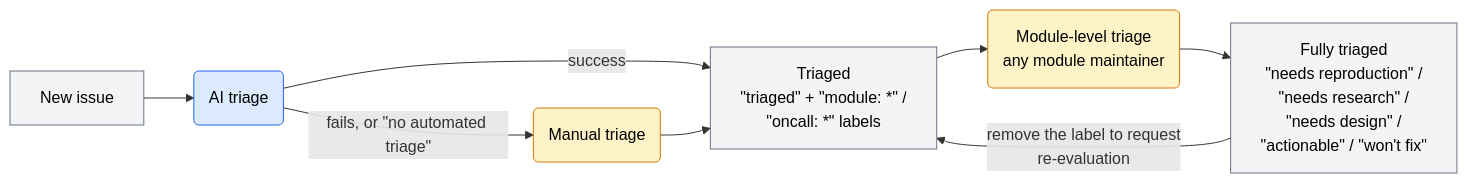
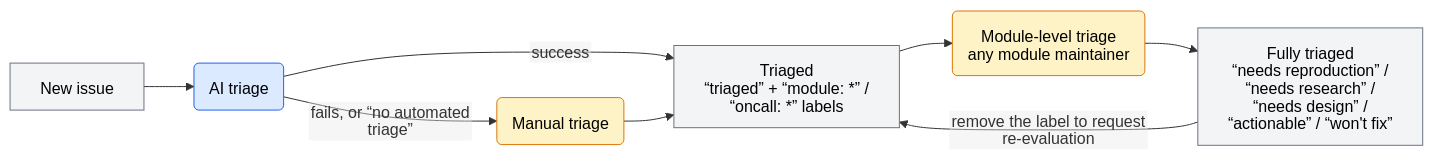
The first of 2 diagrams in CONTRIBUTING.md (pytorch/pytorch), drawn with Mermaid before and after one commit. The commit also changed other lines of this file, not shown here.

````diff
--- a/CONTRIBUTING.md
+++ b/CONTRIBUTING.md
@@ -83,15 +83,16 @@
 ```mermaid
+%%{init: {"htmlLabels": false, "flowchart": {"htmlLabels": false}}}%%
 flowchart LR
     new[New issue] --> ai(AI triage)
-    ai -- success --> triaged["Triaged<br/>#quot;triaged#quot; + #quot;module: *#quot; /<br/>#quot;oncall: *#quot; labels"]
-    ai -- "fails, or #quot;no automated triage#quot;" --> manual(Manual triage) --> triaged
+    ai -- success --> triaged["Triaged<br/>“triaged” + “module: *” /<br/>“oncall: *” labels"]
+    ai -- "fails, or “no automated triage”" --> manual(Manual triage) --> triaged
     triaged --> mtriage("Module-level triage<br/>any module maintainer")
-    mtriage --> full["Fully triaged<br/>#quot;needs reproduction#quot; /<br/>#quot;needs research#quot; /<br/>#quot;needs design#quot; /<br/>#quot;actionable#quot; / #quot;won't fix#quot;"]
+    mtriage --> full["Fully triaged<br/>“needs reproduction” /<br/>“needs research” /<br/>“needs design” /<br/>“actionable” / “won't fix”"]
     full -- "remove the label to request<br/>re-evaluation" --> triaged
     classDef state fill:#f3f4f6,stroke:#6b7280,color:#000
     classDef aiproc fill:#dbeafe,stroke:#2563eb,color:#000
     classDef humanproc fill:#fef3c7,stroke:#d97706,color:#000
     class new,triaged,full state
     class ai aiproc
     class manual,mtriage humanproc
 ```
````
